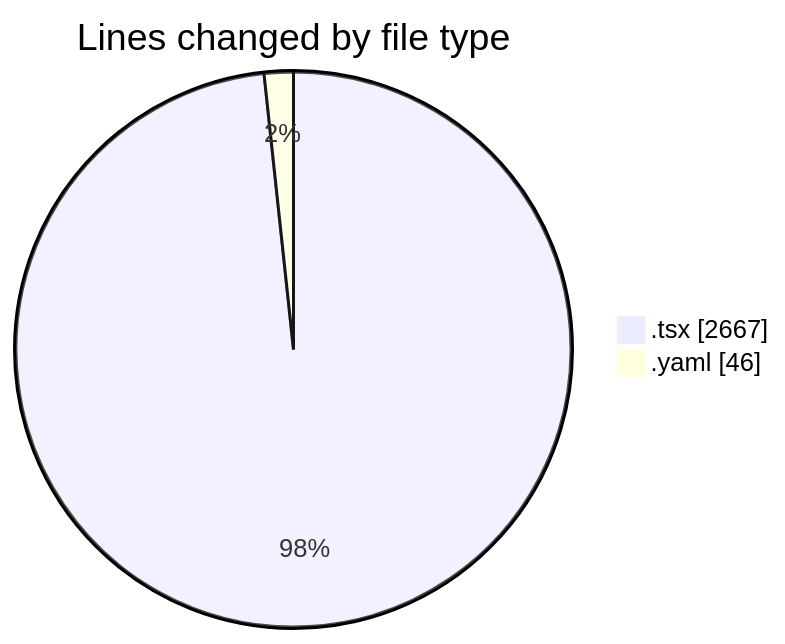
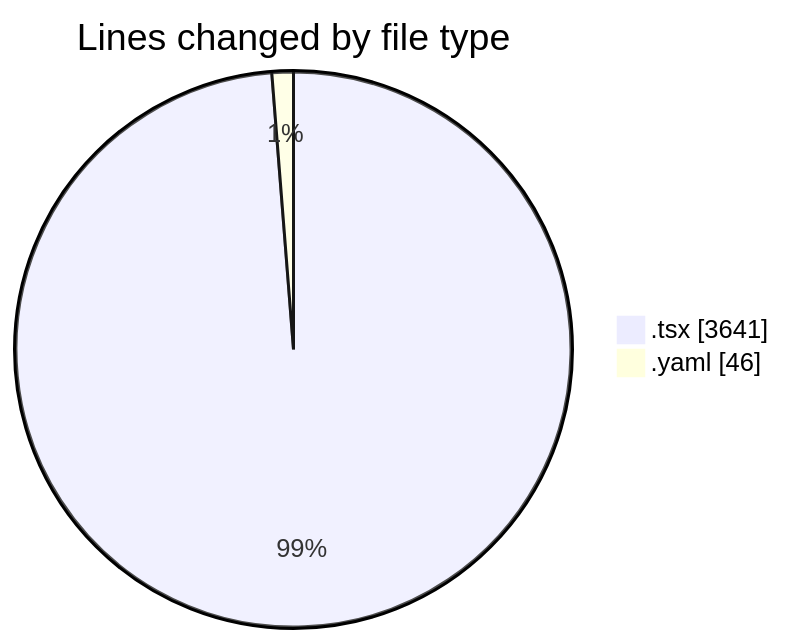
Before and after one commit to momahboobian/code-tracking: the first of 2 diagrams in 2025-11-20/cda/README.md, drawn with Mermaid. The commit also changed other lines of this file and 1 other file, not shown here.

````diff
--- a/2025-11-20/cda/README.md
+++ b/2025-11-20/cda/README.md
@@ -32,6 +32,6 @@
 ```mermaid
 pie showData
 title Lines changed by file type
-".tsx" : 2667
+".tsx" : 3641
 ".yaml" : 46
 ```
````
